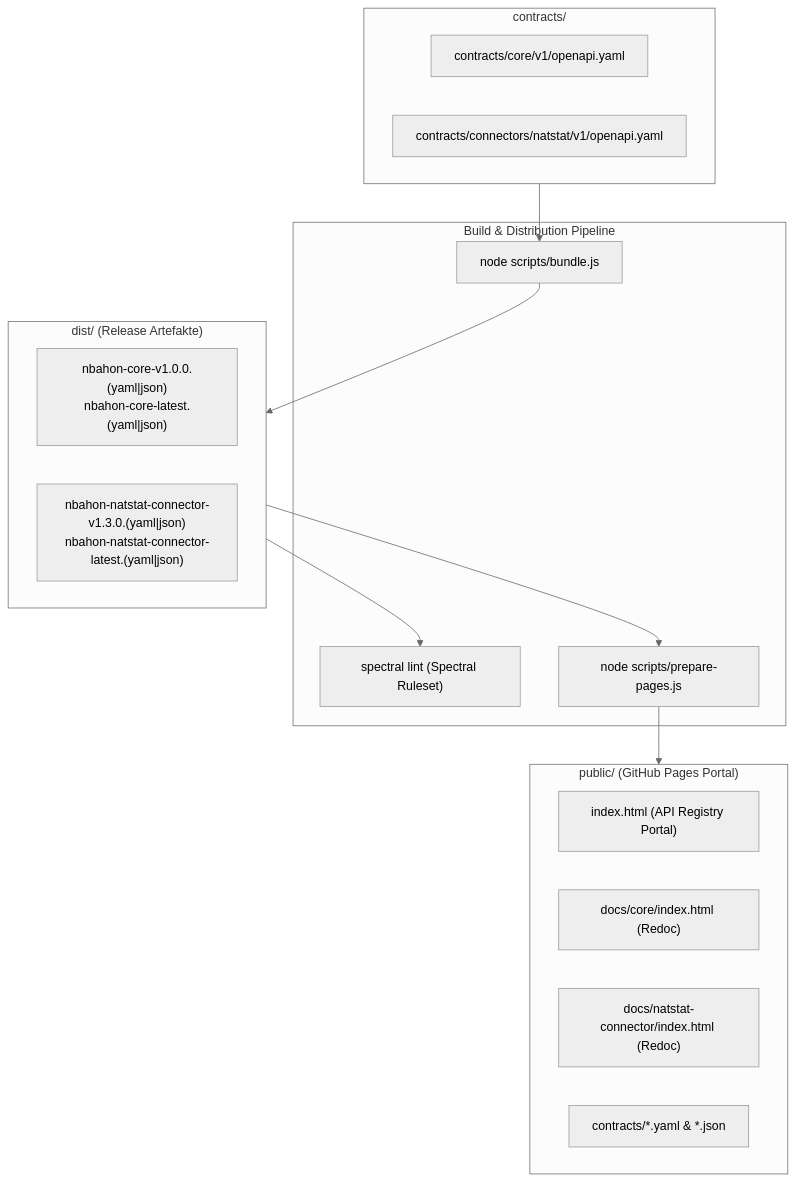
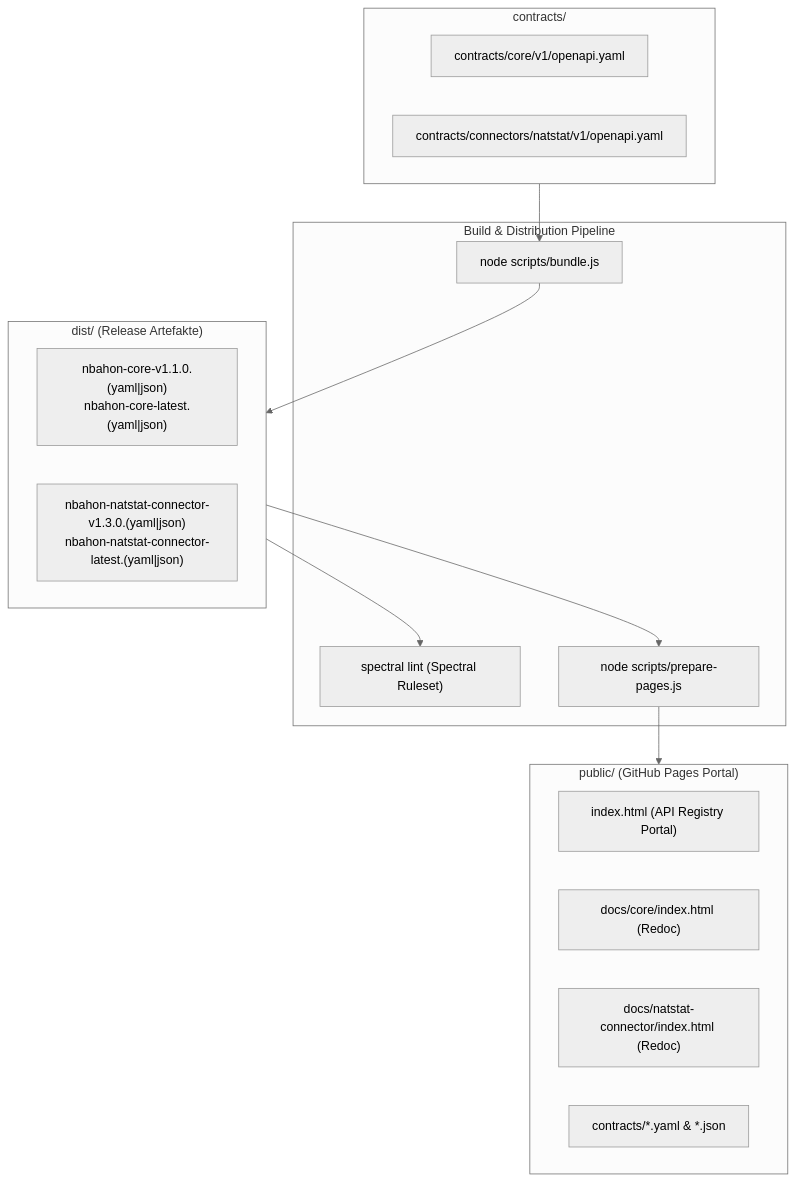
One commit to Olleritsch/app-nbahon-contracts changed the diagram in PROTOKOLL.md. Above: the diagram before and after it, drawn with Mermaid (neutral theme). The commit also changed other lines of this file and 13 other files, not shown here.

Commit message:
feat(core): simplify core schemas and release core v1.1.0

````diff
--- a/PROTOKOLL.md
+++ b/PROTOKOLL.md
@@ -68,31 +65,31 @@
 ```mermaid
 flowchart TD
     subgraph Repositories["contracts/"]
         CoreSpec["contracts/core/v1/openapi.yaml"]
         NatstatSpec["contracts/connectors/natstat/v1/openapi.yaml"]
     end
 
     subgraph BuildPipeline["Build & Distribution Pipeline"]
         Bundle["node scripts/bundle.js"]
         Lint["spectral lint (Spectral Ruleset)"]
         PagesPrep["node scripts/prepare-pages.js"]
     end
 
     subgraph DistOutput["dist/ (Release Artefakte)"]
-        DistCore["nbahon-core-v1.0.0.(yaml|json)<br/>nbahon-core-latest.(yaml|json)"]
+        DistCore["nbahon-core-v1.1.0.(yaml|json)<br/>nbahon-core-latest.(yaml|json)"]
         DistNat["nbahon-natstat-connector-v1.3.0.(yaml|json)<br/>nbahon-natstat-connector-latest.(yaml|json)"]
     end
 
     subgraph PagesOutput["public/ (GitHub Pages Portal)"]
         IndexHtml["index.html (API Registry Portal)"]
         DocsCore["docs/core/index.html (Redoc)"]
         DocsNat["docs/natstat-connector/index.html (Redoc)"]
         ContractsDown["contracts/*.yaml & *.json"]
     end
 
     Repositories --> Bundle
     Bundle --> DistOutput
     DistOutput --> Lint
     DistOutput --> PagesPrep
     PagesPrep --> PagesOutput
 ```
````
